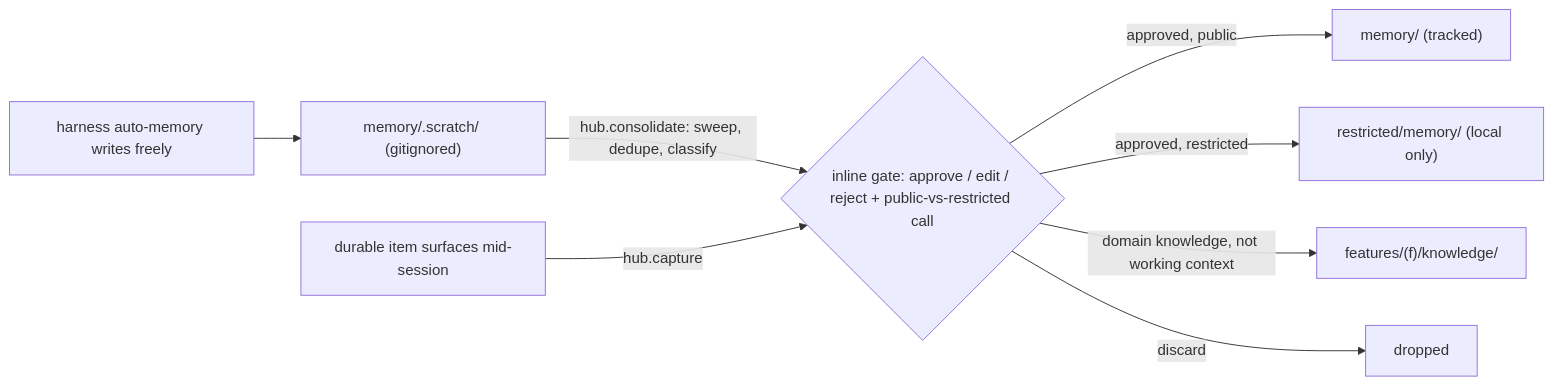
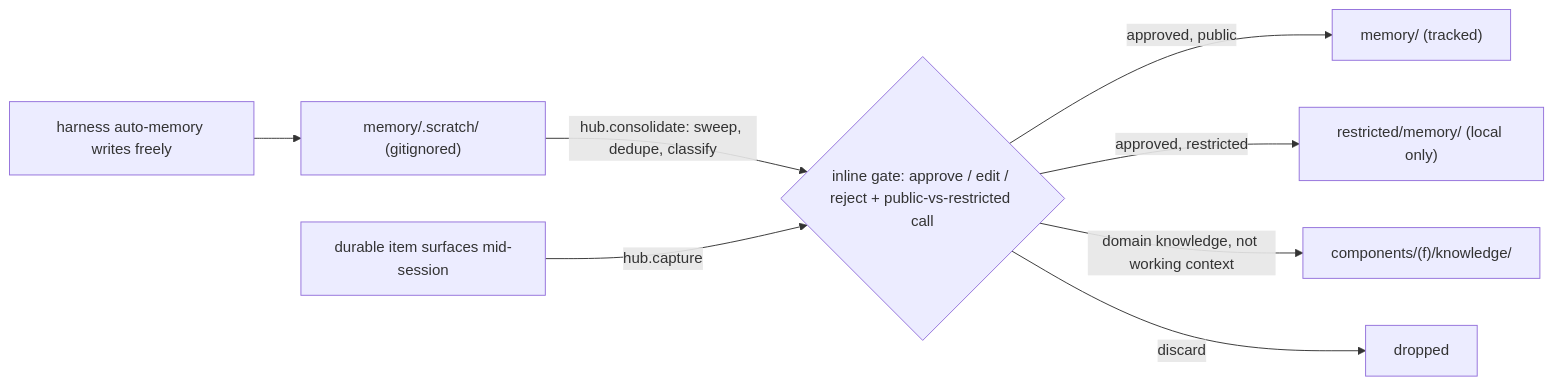
The diagram in docs/memory.md (solaius/rhoai-agentic-hub), drawn with Mermaid before and after one commit. The commit also changed 1379 other files, not shown here.

Commit message:
refactor(components)!: rename features/ layer to components/ across structure, code, and links

````diff
--- a/docs/memory.md
+++ b/docs/memory.md
@@ -19,10 +19,10 @@
 ```mermaid
 flowchart LR
     A["harness auto-memory writes freely"] --> S["memory/.scratch/ (gitignored)"]
     S -->|"hub.consolidate: sweep, dedupe, classify"| G{"inline gate: approve / edit / reject + public-vs-restricted call"}
     W["durable item surfaces mid-session"] -->|hub.capture| G
     G -->|approved, public| M["memory/ (tracked)"]
     G -->|approved, restricted| R["restricted/memory/ (local only)"]
-    G -->|domain knowledge, not working context| K["features/(f)/knowledge/"]
+    G -->|domain knowledge, not working context| K["components/(f)/knowledge/"]
     G -->|discard| X["dropped"]
 ```
````
